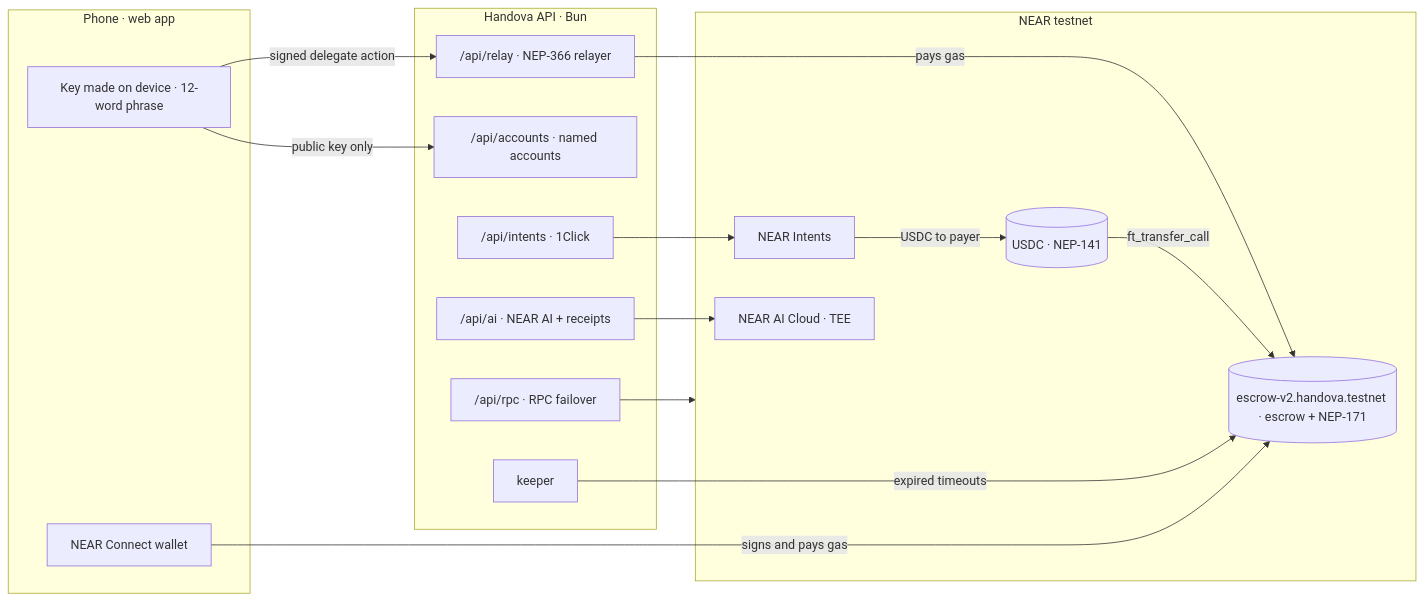
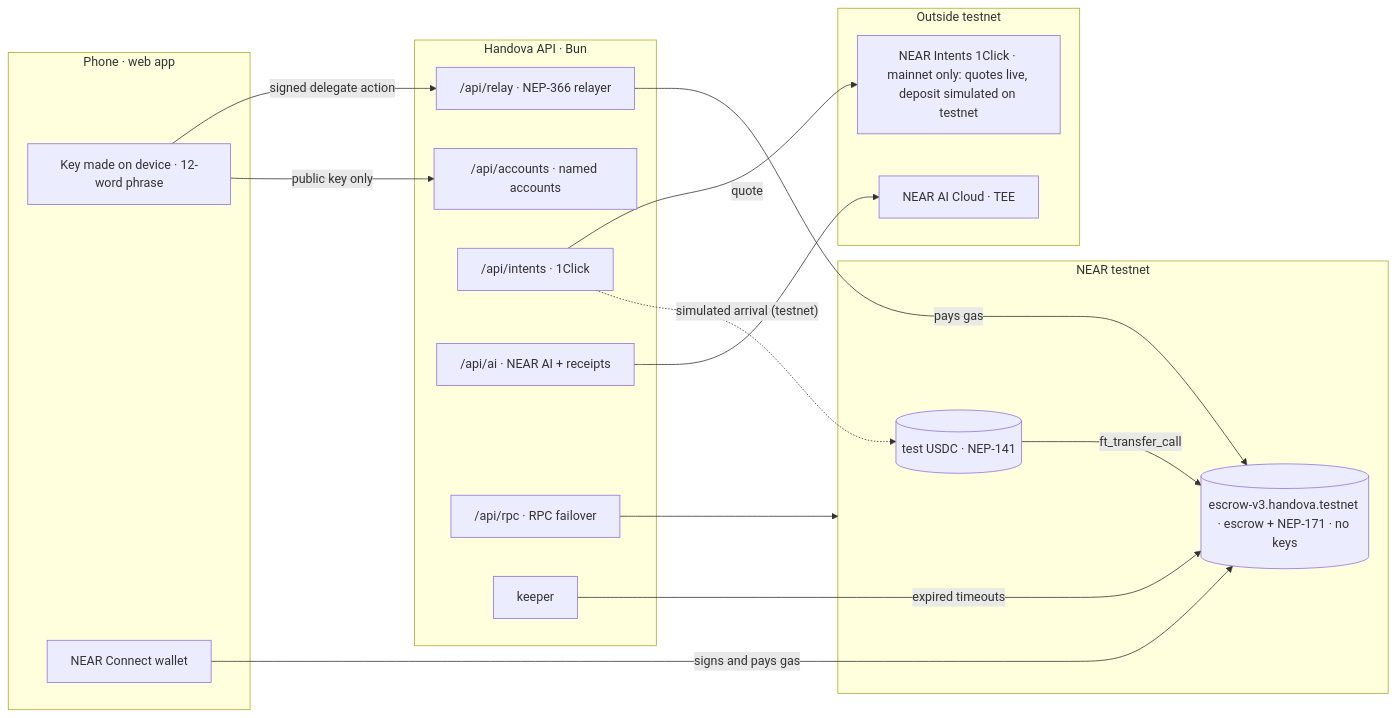
One commit to UseHandova/handova-near changed the second of 3 diagrams in README.md. Above: the diagram before and after it, drawn with Mermaid. The commit also changed other lines of this file and 2 other files, not shown here.

First line of the commit message:
docs: README says plainly what is real, simulated and unproven, and who controls the escrow

````diff
--- a/README.md
+++ b/README.md
@@ -161,29 +293,32 @@
 ```mermaid
 flowchart LR
     subgraph Phone["Phone · web app"]
         K["Key made on device · 12-word phrase"]
         W["NEAR Connect wallet"]
     end
     subgraph API["Handova API · Bun"]
         R["/api/relay · NEP-366 relayer"]
         A["/api/accounts · named accounts"]
         I["/api/intents · 1Click"]
         AI["/api/ai · NEAR AI + receipts"]
         P["/api/rpc · RPC failover"]
         KP["keeper"]
     end
     subgraph NEAR["NEAR testnet"]
-        E[("escrow-v2.handova.testnet · escrow + NEP-171")]
-        U[("USDC · NEP-141")]
-        NI["NEAR Intents"]
+        E[("escrow-v3.handova.testnet · escrow + NEP-171 · no keys")]
+        U[("test USDC · NEP-141")]
+    end
+    subgraph EXT["Outside testnet"]
+        NI["NEAR Intents 1Click · mainnet only: quotes live, deposit simulated on testnet"]
         NA["NEAR AI Cloud · TEE"]
     end
     K -- "signed delegate action" --> R -- "pays gas" --> E
     K -- "public key only" --> A
     W -- "signs and pays gas" --> E
-    I --> NI -- "USDC to payer" --> U
+    I -- "quote" --> NI
+    I -. "simulated arrival (testnet)" .-> U
     U -- "ft_transfer_call" --> E
     AI --> NA
     KP -- "expired timeouts" --> E
     P --> NEAR
 ```
````
